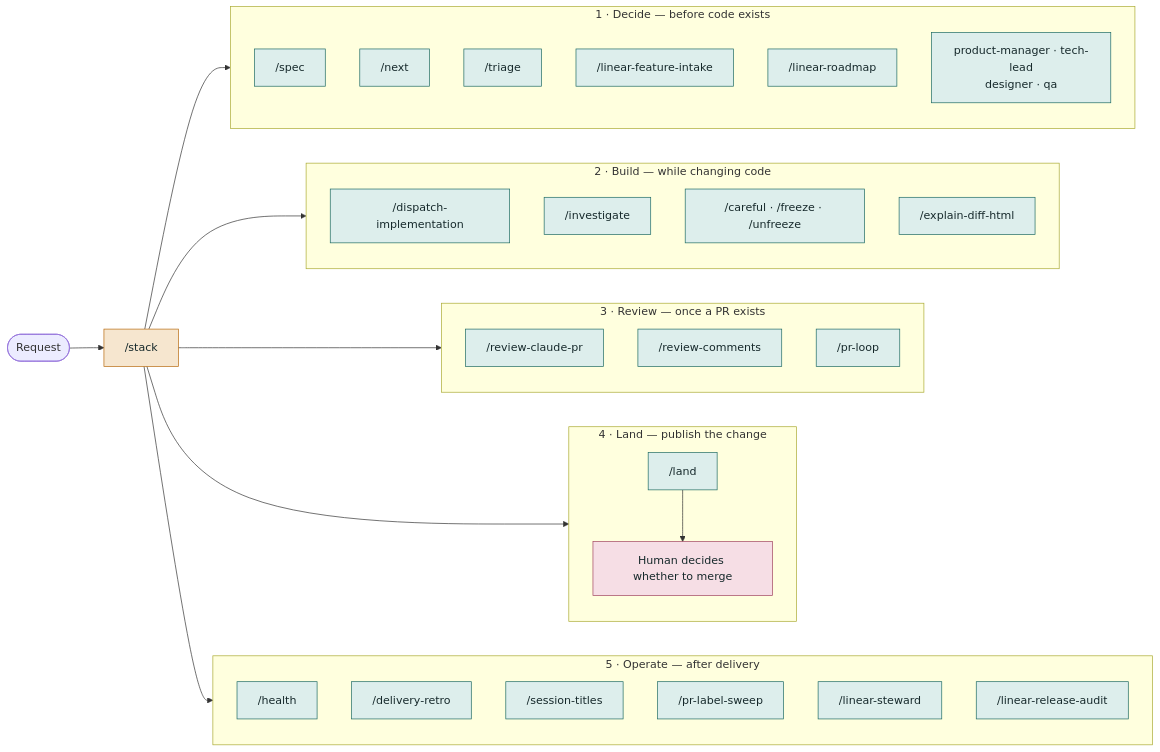
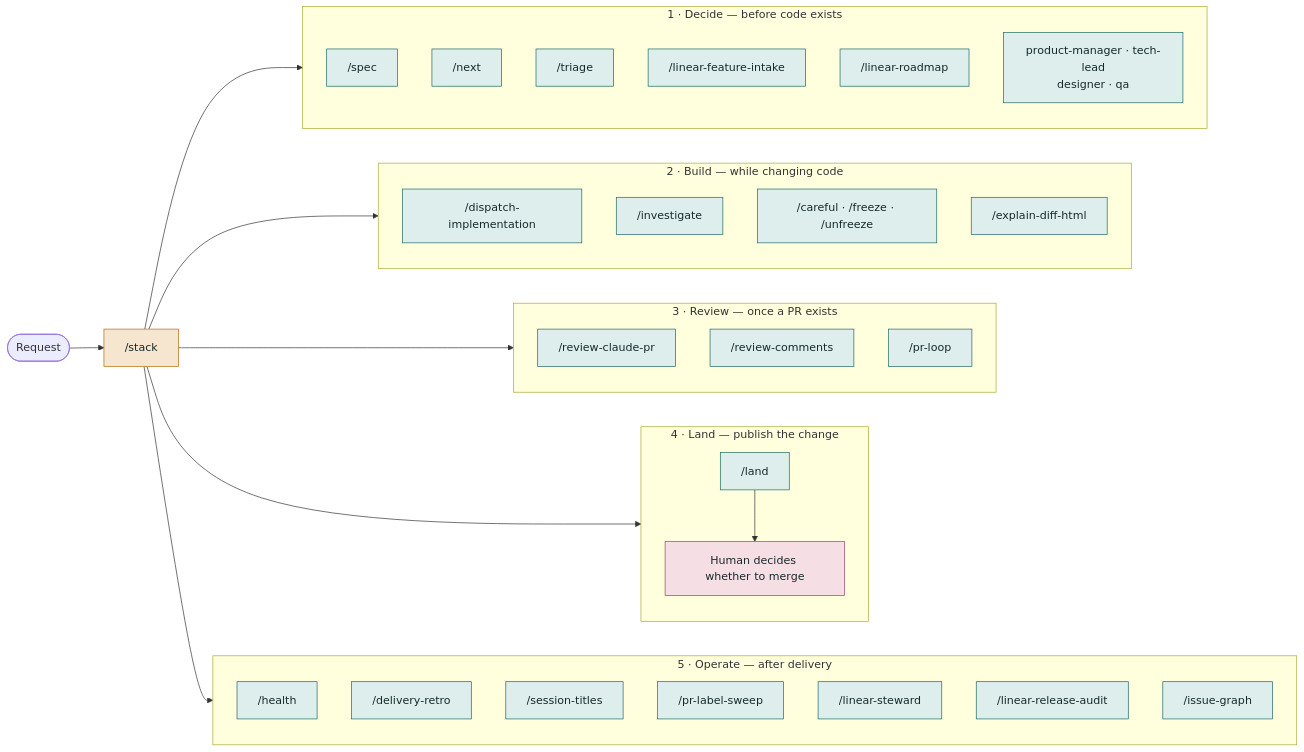
One commit to khalilouardini/kstack changed the second of 5 diagrams in docs/skill-map.md. Above: the diagram before and after it, drawn with Mermaid. The commit also changed other lines of this file and 12 other files, not shown here.

Commit message:
feat: add issue graph visualization skill

````diff
--- a/docs/skill-map.md
+++ b/docs/skill-map.md
@@ -39,58 +39,59 @@
 ```mermaid
 flowchart LR
     request([Request]) --> router["/stack"]
     router --> decide
     router --> build
     router --> review
     router --> land
     router --> operate
 
     subgraph decide["1 · Decide — before code exists"]
       direction TB
       spec["/spec"]
       next["/next"]
       triage["/triage"]
       intake["/linear-feature-intake"]
       roadmap["/linear-roadmap"]
       roles["product-manager · tech-lead<br/>designer · qa"]
     end
 
     subgraph build["2 · Build — while changing code"]
       direction TB
       dispatch["/dispatch-implementation"]
       investigate["/investigate"]
       controls["/careful · /freeze · /unfreeze"]
       explain["/explain-diff-html"]
     end
 
     subgraph review["3 · Review — once a PR exists"]
       direction TB
       produce["/review-claude-pr"]
       respond["/review-comments"]
       loop["/pr-loop"]
     end
 
     subgraph land["4 · Land — publish the change"]
       direction TB
       landSkill["/land"]
       human["Human decides whether to merge"]
       landSkill --> human
     end
 
     subgraph operate["5 · Operate — after delivery"]
       direction TB
       health["/health"]
       retro["/delivery-retro"]
       titles["/session-titles"]
       labels["/pr-label-sweep"]
       steward["/linear-steward"]
       audit["/linear-release-audit"]
+      issueGraph["/issue-graph"]
     end
 
     classDef route fill:#f6e6cf,stroke:#b8690c,color:#16292b
     classDef phase fill:#ddeeec,stroke:#1d6a63,color:#16292b
     classDef stopStyle fill:#f6dee5,stroke:#a04360,color:#16292b
     class router route
-    class spec,next,triage,intake,roadmap,roles,dispatch,investigate,controls,explain,produce,respond,loop,landSkill,health,retro,titles,labels,steward,audit phase
+    class spec,next,triage,intake,roadmap,roles,dispatch,investigate,controls,explain,produce,respond,loop,landSkill,health,retro,titles,labels,steward,audit,issueGraph phase
     class human stopStyle
 ```
````
